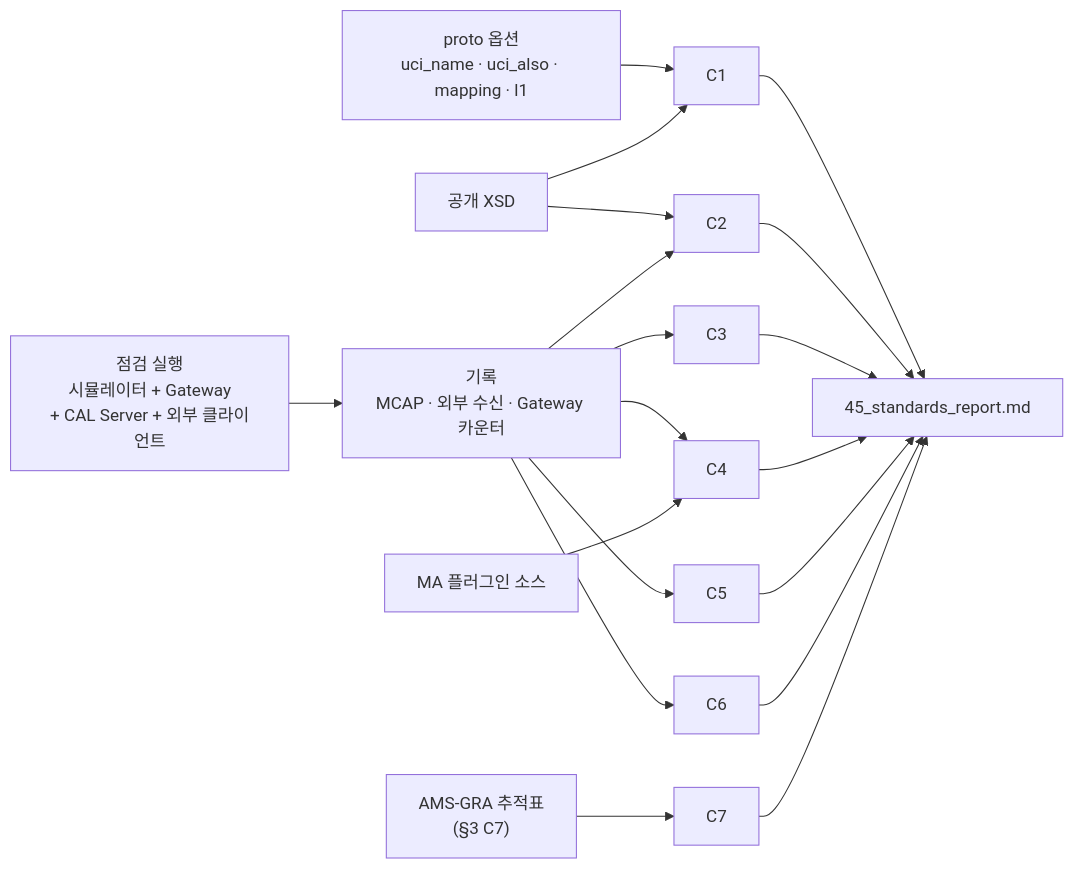
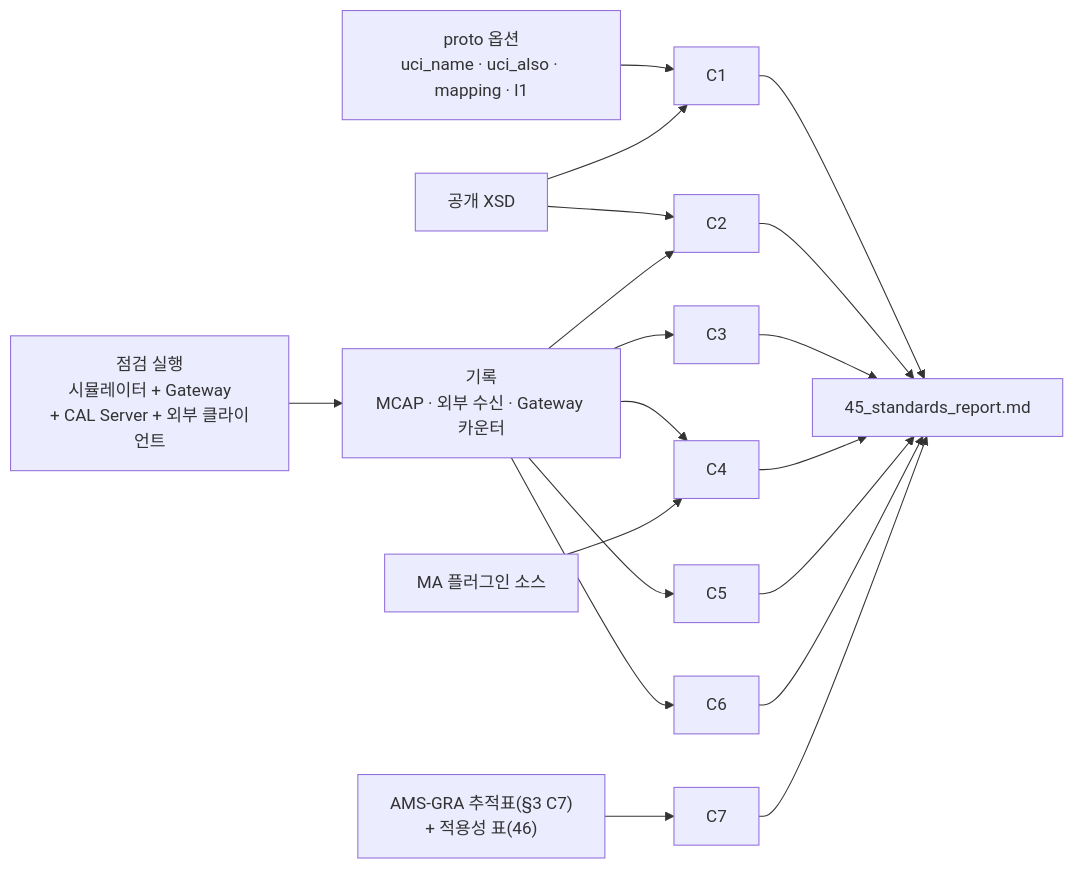
Before and after one commit to Kimbyung-wook/SwarmFlSim: the diagram in docs/44_standards_conformance.md, drawn with Mermaid. The commit also changed other lines of this file and 4 other files, not shown here.

First line of the commit message:
DEC-093: AMS-GRA 요구 적용성 표 추가 (REQ-STD-001)

````diff
--- a/docs/44_standards_conformance.md
+++ b/docs/44_standards_conformance.md
@@ -22,10 +22,10 @@
 ```mermaid
 flowchart LR
     P["proto 옵션<br/>uci_name · uci_also · mapping · l1"] --> C1
     X["공개 XSD"] --> C1 & C2
     RUN["점검 실행<br/>시뮬레이터 + Gateway<br/>+ CAL Server + 외부 클라이언트"] --> REC["기록<br/>MCAP · 외부 수신 · Gateway 카운터"]
     REC --> C2 & C3 & C4 & C5 & C6
     SRC["MA 플러그인 소스"] --> C4
-    TR["AMS-GRA 추적표<br/>(§3 C7)"] --> C7
+    TR["AMS-GRA 추적표(§3 C7)<br/>+ 적용성 표(46)"] --> C7
     C1 & C2 & C3 & C4 & C5 & C6 & C7 --> R["45_standards_report.md"]
 ```
````
